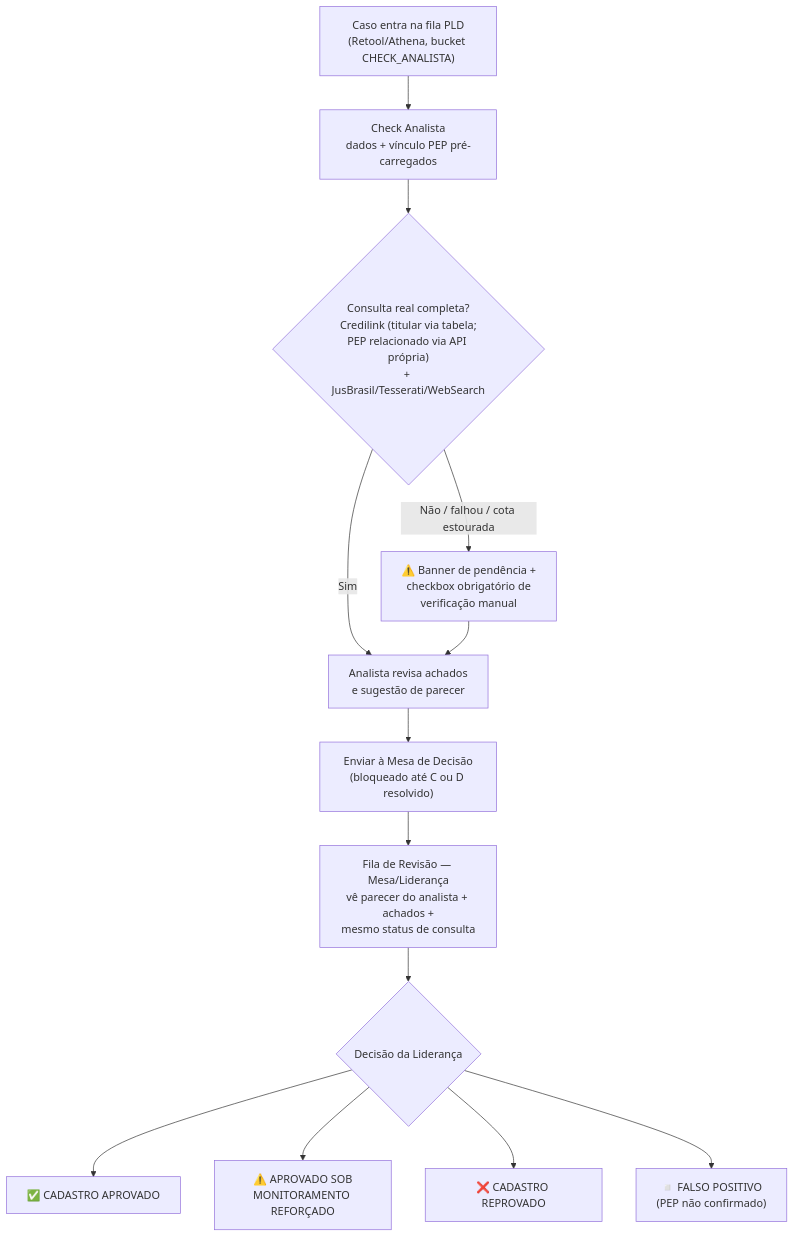
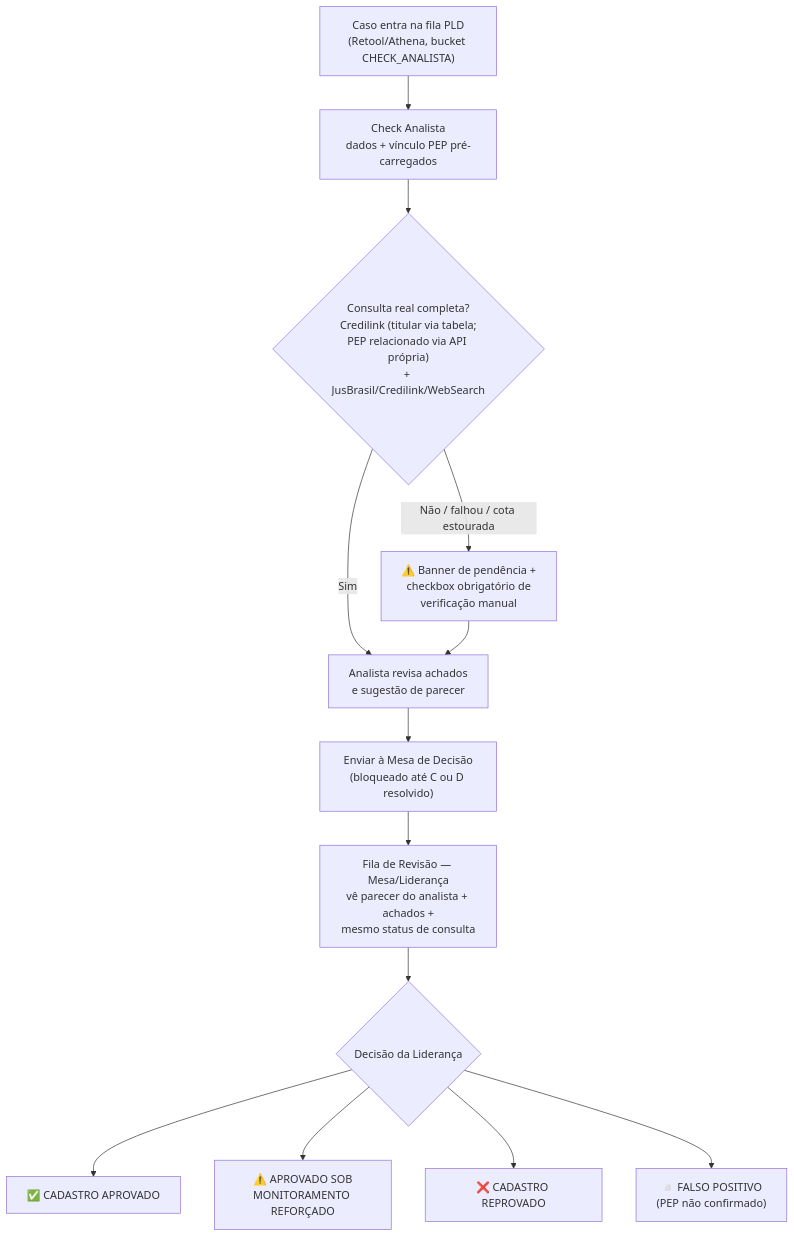
One commit to thay-cintra/pepito-frontend changed the diagram in README.md. Above: the diagram before and after it, drawn with Mermaid. The commit also changed other lines of this file and 148 other files, not shown here.

````diff
--- a/README.md
+++ b/README.md
@@ -34,15 +34,15 @@
 ```mermaid
 flowchart TD
     A["Caso entra na fila PLD<br/>(Retool/Athena, bucket CHECK_ANALISTA)"] --> B["Check Analista<br/>dados + vínculo PEP pré-carregados"]
-    B --> C{"Consulta real completa?<br/>Credilink (titular via tabela;<br/>PEP relacionado via API própria)<br/>+ JusBrasil/Tesserati/WebSearch"}
+    B --> C{"Consulta real completa?<br/>Credilink (titular via tabela;<br/>PEP relacionado via API própria)<br/>+ JusBrasil/Credilink/WebSearch"}
     C -- "Sim" --> E["Analista revisa achados<br/>e sugestão de parecer"]
     C -- "Não / falhou / cota estourada" --> D["⚠️ Banner de pendência +<br/>checkbox obrigatório de<br/>verificação manual"]
     D --> E
     E --> F["Enviar à Mesa de Decisão<br/>(bloqueado até C ou D resolvido)"]
     F --> G["Fila de Revisão — Mesa/Liderança<br/>vê parecer do analista + achados +<br/>mesmo status de consulta"]
     G --> H{"Decisão da Liderança"}
     H --> I["✅ CADASTRO APROVADO"]
     H --> J["⚠️ APROVADO SOB<br/>MONITORAMENTO REFORÇADO"]
     H --> K["❌ CADASTRO REPROVADO"]
     H --> L["◽ FALSO POSITIVO<br/>(PEP não confirmado)"]
 ```
````
